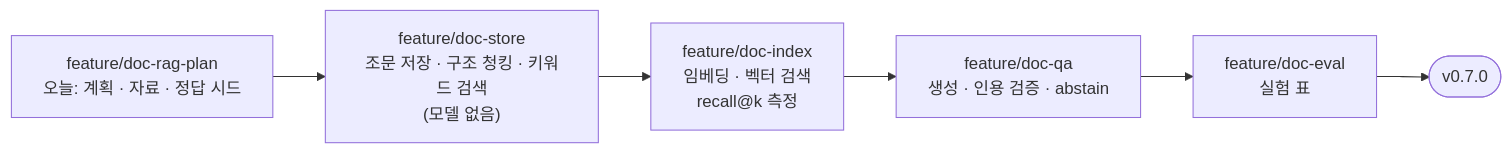
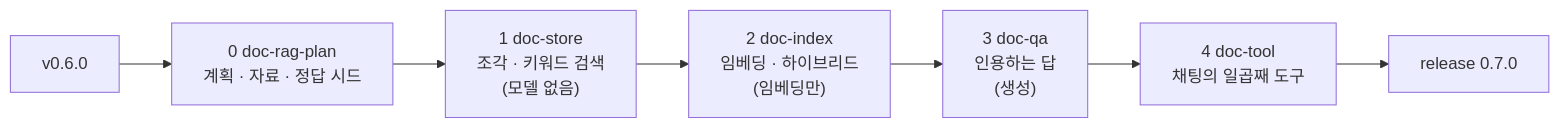
One commit to 2026-ai-service-engineering-a/ai_service_engineering-track_a changed the sixth of 9 diagrams in site/src/content/courses/ko/session-09-3/index.mdx. Above: the diagram before and after it, drawn with Mermaid. The commit also changed other lines of this file, not shown here.

````diff
--- a/site/src/content/courses/ko/session-09-3/index.mdx
+++ b/site/src/content/courses/ko/session-09-3/index.mdx
@@ -1102,8 +838,9 @@
 ```mermaid
 flowchart LR
-    P["feature/doc-rag-plan<br/>오늘: 계획 · 자료 · 정답 시드"] --> S["feature/doc-store<br/>조문 저장 · 구조 청킹 · 키워드 검색<br/>(모델 없음)"]
-    S --> I["feature/doc-index<br/>임베딩 · 벡터 검색<br/>recall@k 측정"]
-    I --> Q["feature/doc-qa<br/>생성 · 인용 검증 · abstain"]
-    Q --> X["feature/doc-eval<br/>실험 표"]
-    X --> T(["v0.7.0"])
+    V6["v0.6.0"] --> P["0 doc-rag-plan<br/>계획 · 자료 · 정답 시드"]
+    P --> S["1 doc-store<br/>조각 · 키워드 검색<br/>(모델 없음)"]
+    S --> I["2 doc-index<br/>임베딩 · 하이브리드<br/>(임베딩만)"]
+    I --> Q["3 doc-qa<br/>인용하는 답<br/>(생성)"]
+    Q --> T["4 doc-tool<br/>채팅의 일곱째 도구"]
+    T --> R["release 0.7.0"]
 ```
````
